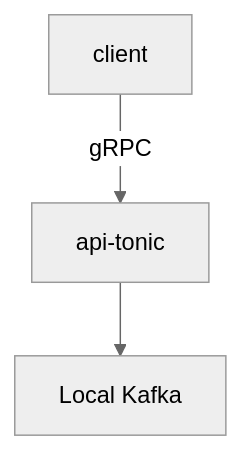
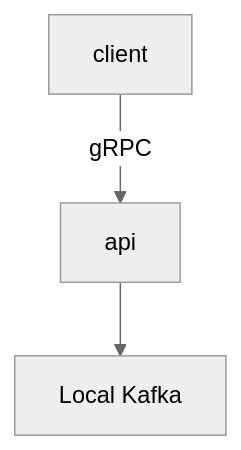
Before and after one commit to michaelzg/terrarium: the diagram in README.md, drawn with Mermaid (neutral theme). The commit also changed other lines of this file and 10 other files, not shown here.

Commit message:
rename api-tonic to api

````diff
--- a/README.md
+++ b/README.md
@@ -4,5 +4,5 @@
 ```mermaid
 flowchart TD
-    A[client] -->|gRPC| B[api-tonic]
+    A[client] -->|gRPC| B[api]
     B --> C[Local Kafka]
 ```
````
